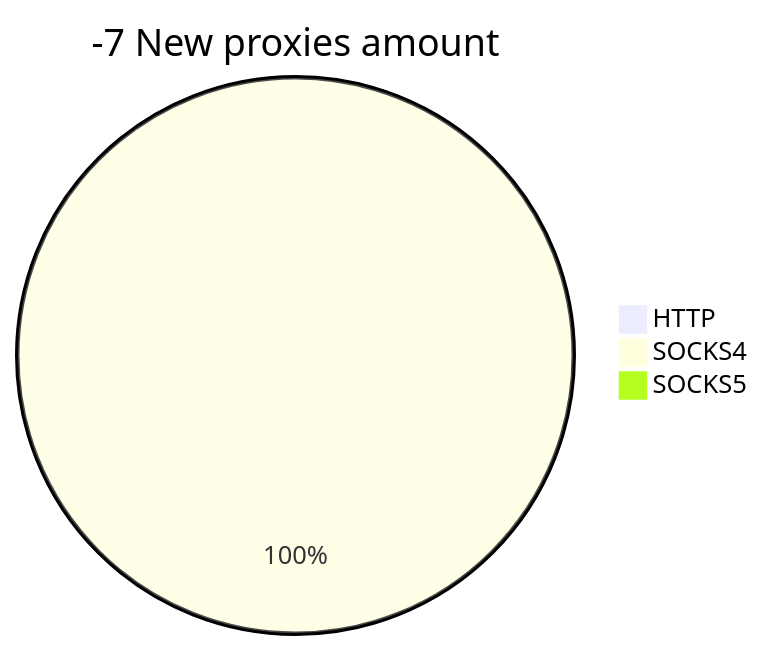
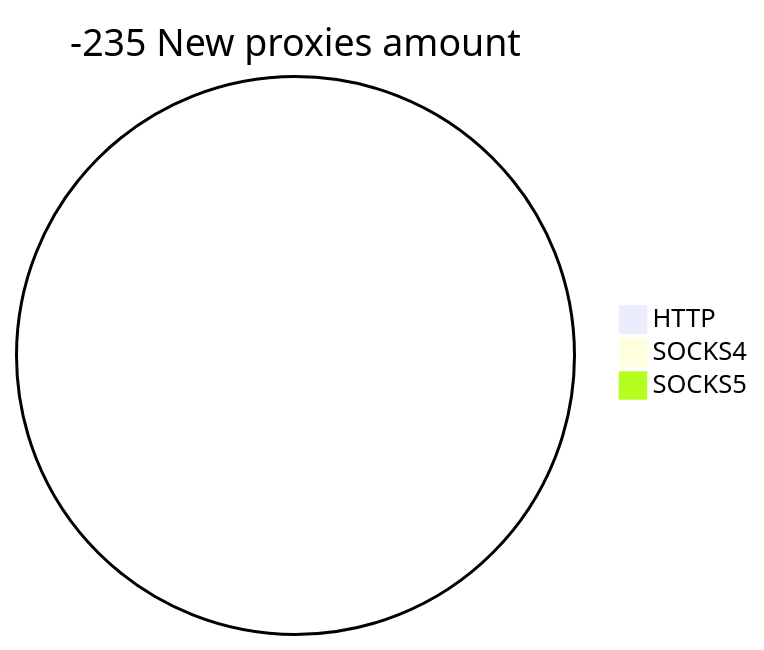
One commit to cutipu/proxylist changed the second of 2 diagrams in README.md. Above: the diagram before and after it, drawn with Mermaid. The commit also changed other lines of this file, not shown here.

````diff
--- a/README.md
+++ b/README.md
@@ -10,6 +10,6 @@
 ```mermaid
-pie title -7 New proxies amount
+pie title -235 New proxies amount
     "HTTP" : 0
-    "SOCKS4" : 1
+    "SOCKS4" : 0
     "SOCKS5" : 0
 ```
````
